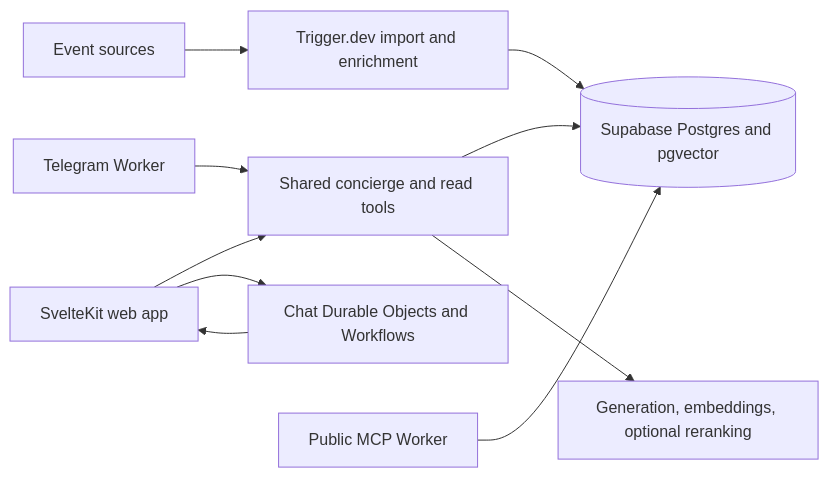
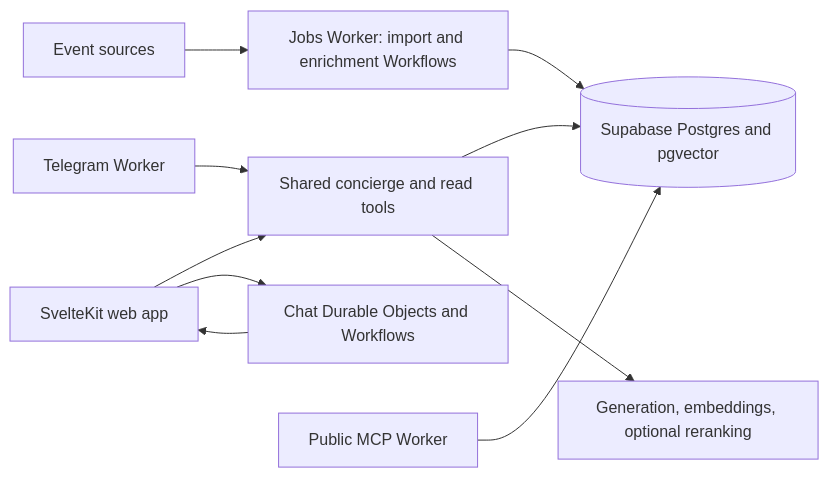
One commit to HanifCarroll/ba-events changed the diagram in docs/architecture.md. Above: the diagram before and after it, drawn with Mermaid. The commit also changed other lines of this file and 97 other files, not shown here.

First line of the commit message:
Move scheduled jobs to a Cloudflare Workflows Worker and remove Trigger.dev

````diff
--- a/docs/architecture.md
+++ b/docs/architecture.md
@@ -5,12 +5,12 @@
 ```mermaid
 flowchart LR
-  Sources[Event sources] --> Jobs[Trigger.dev import and enrichment]
+  Sources[Event sources] --> Jobs[Jobs Worker: import and enrichment Workflows]
   Jobs --> DB[(Supabase Postgres and pgvector)]
   Web[SvelteKit web app] --> Agent[Shared concierge and read tools]
   Telegram[Telegram Worker] --> Agent
   Agent --> DB
   Agent --> Models[Generation, embeddings, optional reranking]
   Web --> Delivery[Chat Durable Objects and Workflows]
   Delivery --> Web
   MCP[Public MCP Worker] --> DB
 ```
````
